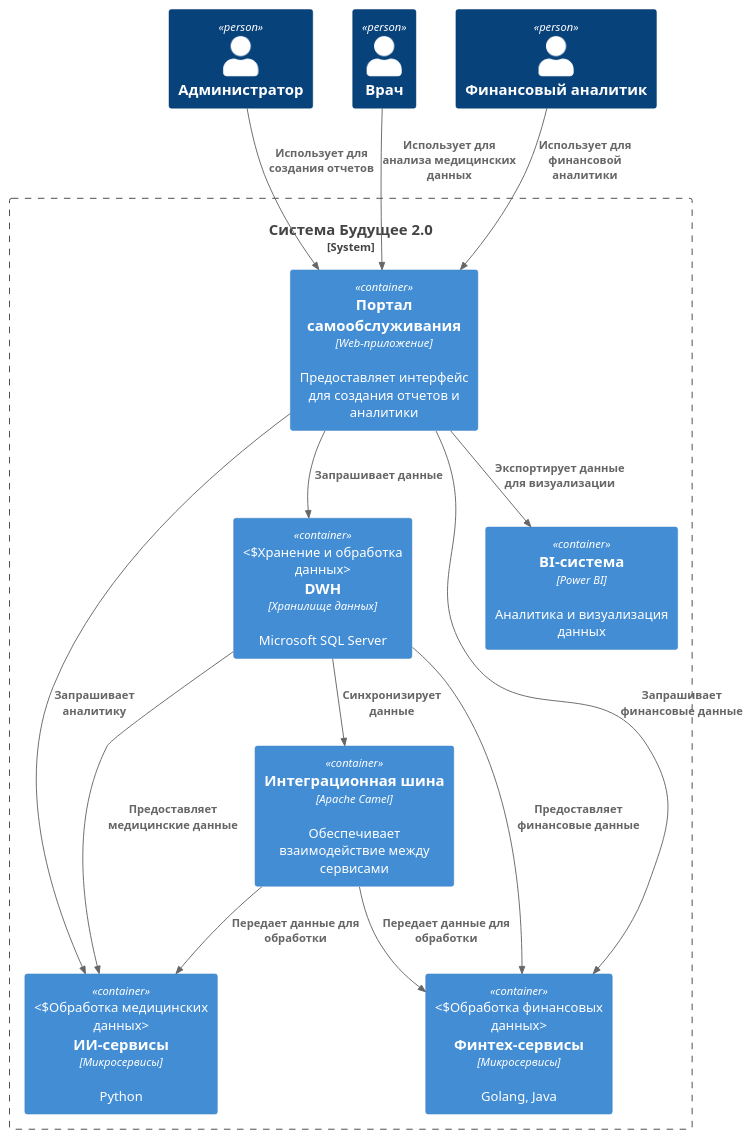
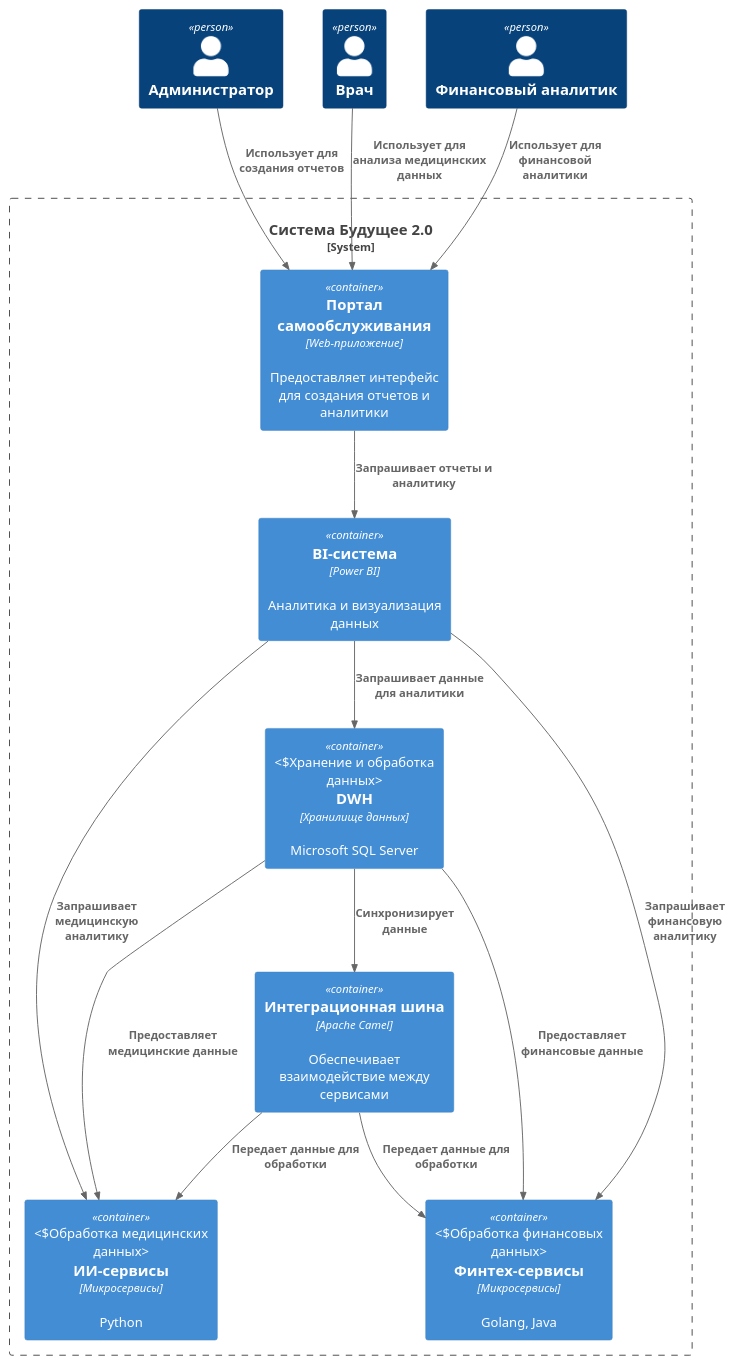
The diagram in Exc1/container.puml (darbulat/architecture-sprint-11), drawn with PlantUML before and after one commit. The commit also changed 4 other files, not shown here.

```diff
--- a/Exc1/container.puml
+++ b/Exc1/container.puml
@@ -1,32 +1,32 @@
 @startuml
 !include https://raw.githubusercontent.com/plantuml-stdlib/C4-PlantUML/master/C4_Container.puml
 
 Person(admin, "Администратор")
 Person(doctor, "Врач")
 Person(finance, "Финансовый аналитик")
 
 System_Boundary(c1, "Система Будущее 2.0") {
     Container(web_portal, "Портал самообслуживания", "Web-приложение", "Предоставляет интерфейс для создания отчетов и аналитики")
     Container(dwh, "DWH", "Хранилище данных", "Microsoft SQL Server", "Хранение и обработка данных")
     Container(ai_services, "ИИ-сервисы", "Микросервисы", "Python", "Обработка медицинских данных")
     Container(fintech_services, "Финтех-сервисы", "Микросервисы", "Golang, Java", "Обработка финансовых данных")
     Container(integration_bus, "Интеграционная шина", "Apache Camel", "Обеспечивает взаимодействие между сервисами")
     Container(bi_system, "BI-система", "Power BI", "Аналитика и визуализация данных")
 }
 
 Rel(admin, web_portal, "Использует для создания отчетов")
 Rel(doctor, web_portal, "Использует для анализа медицинских данных")
 Rel(finance, web_portal, "Использует для финансовой аналитики")
 
-Rel(web_portal, dwh, "Запрашивает данные")
-Rel(web_portal, ai_services, "Запрашивает аналитику")
-Rel(web_portal, fintech_services, "Запрашивает финансовые данные")
-Rel(web_portal, bi_system, "Экспортирует данные для визуализации")
+Rel(web_portal, bi_system, "Запрашивает отчеты и аналитику")
+Rel(bi_system, dwh, "Запрашивает данные для аналитики")
+Rel(bi_system, ai_services, "Запрашивает медицинскую аналитику")
+Rel(bi_system, fintech_services, "Запрашивает финансовую аналитику")
 
 Rel(dwh, ai_services, "Предоставляет медицинские данные")
 Rel(dwh, fintech_services, "Предоставляет финансовые данные")
 Rel(dwh, integration_bus, "Синхронизирует данные")
 Rel(integration_bus, ai_services, "Передает данные для обработки")
 Rel(integration_bus, fintech_services, "Передает данные для обработки")
 
 @enduml
```
